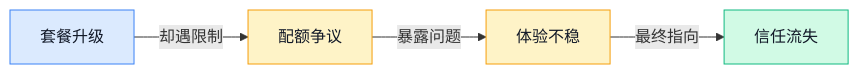
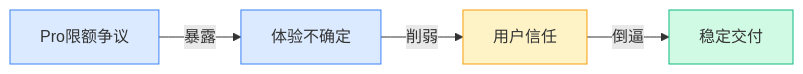
Before and after one commit to ylzsdafei/ai-daily-site: the first of 7 diagrams in content/cn/blog/weekly/2026-W16.md, drawn with Mermaid. The commit also changed other lines of this file and 2 other files, not shown here.

Commit message:
feat: 详细图谱折叠展开 + details 样式

````diff
--- a/content/cn/blog/weekly/2026-W16.md
+++ b/content/cn/blog/weekly/2026-W16.md
@@ -20,10 +20,12 @@
 ```mermaid
 graph LR
-    A[套餐升级] -->|却遇限制| B[配额争议] -->|暴露问题| C[体验不稳] -->|最终指向| D[信任流失]
-    classDef blue fill:#dbeafe,stroke:#3b82f6,color:#111827
-    classDef yellow fill:#fef3c7,stroke:#f59e0b,color:#111827
-    classDef green fill:#d1fae5,stroke:#10b981,color:#111827
-    class A blue
-    class B,C yellow
-    class D green
+A[Pro限额争议] -->|暴露| B[体验不确定]
+B -->|削弱| C[用户信任]
+C -->|倒逼| D[稳定交付]
+classDef blue fill:#dbeafe,stroke:#3b82f6
+classDef yellow fill:#fef3c7,stroke:#f59e0b
+classDef green fill:#d1fae5,stroke:#10b981
+class A,B blue
+class C yellow
+class D green
 ```
````
